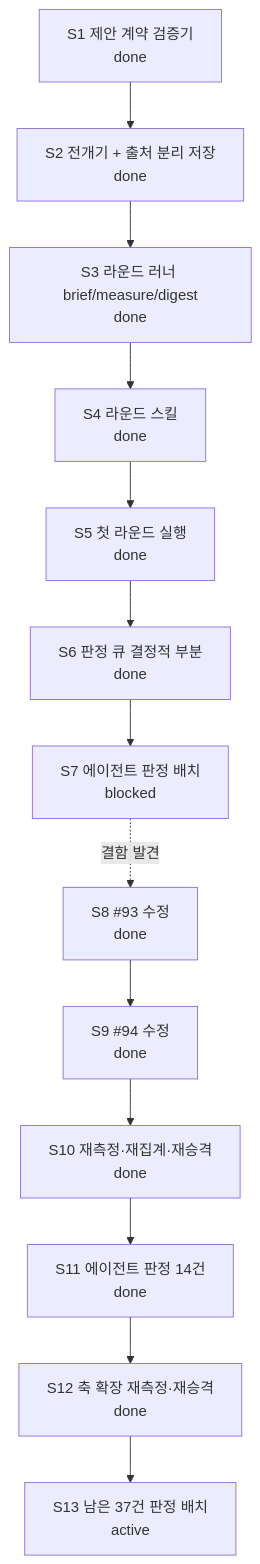
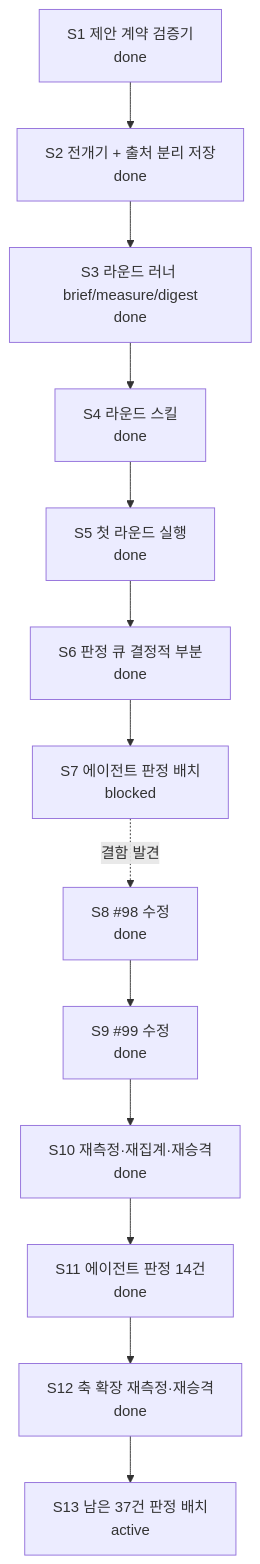
Before and after one commit to skerfolg/poe2-ai-wiki: the diagram in docs/CURRENT-PLAN.md, drawn with Mermaid. The commit also changed other lines of this file and 8 other files, not shown here.

````diff
--- a/docs/CURRENT-PLAN.md
+++ b/docs/CURRENT-PLAN.md
@@ -23,18 +23,18 @@
 ```mermaid
 flowchart TD
   CONTRACT[S1 제안 계약 검증기<br/>done]
   FLOW[S2 전개기 + 출처 분리 저장<br/>done]
   ROUND[S3 라운드 러너 brief/measure/digest<br/>done]
   SKILL[S4 라운드 스킬<br/>done]
   FIRST[S5 첫 라운드 실행<br/>done]
   NECESS[S6 판정 큐 결정적 부분<br/>done]
   JUDGE[S7 에이전트 판정 배치<br/>blocked]
-  FIX[S8 #93 수정<br/>done]
-  REMEAS[S9 #94 수정<br/>done]
+  FIX[S8 #98 수정<br/>done]
+  REMEAS[S9 #99 수정<br/>done]
   REAGG[S10 재측정·재집계·재승격<br/>done]
   RESUME[S11 에이전트 판정 14건<br/>done]
   AXES[S12 축 확장 재측정·재승격<br/>done]
   NEXT2[S13 남은 37건 판정 배치<br/>active]
   CONTRACT --> FLOW --> ROUND --> SKILL --> FIRST --> NECESS --> JUDGE
   JUDGE -. 결함 발견 .-> FIX --> REMEAS --> REAGG --> RESUME --> AXES --> NEXT2
 ```
````
